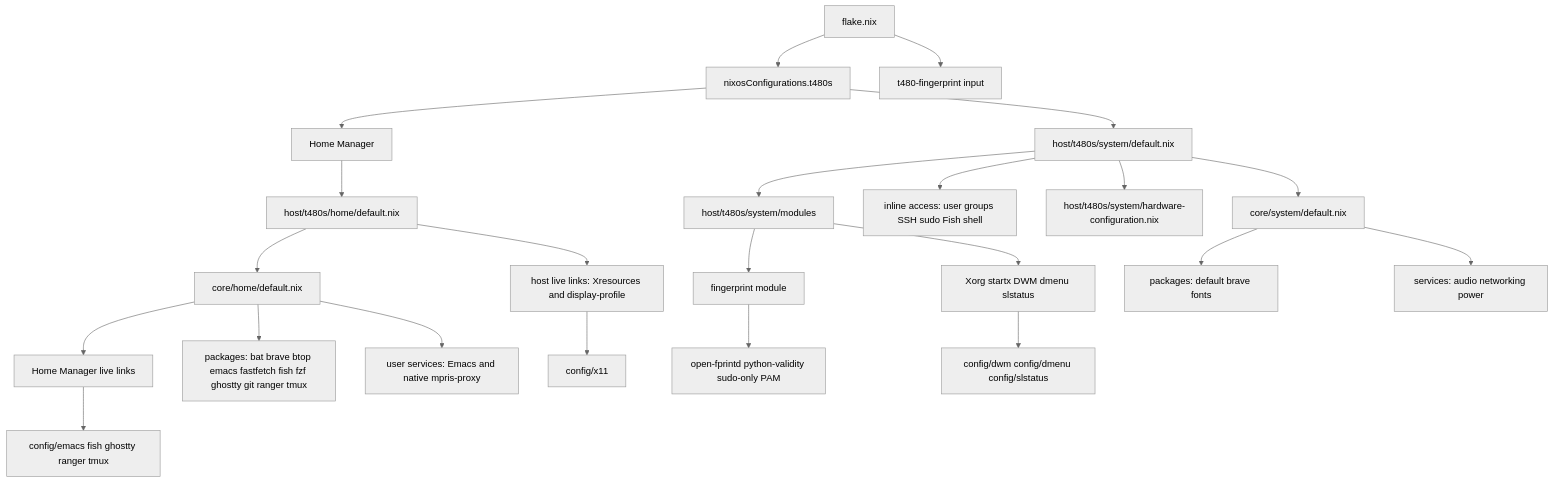
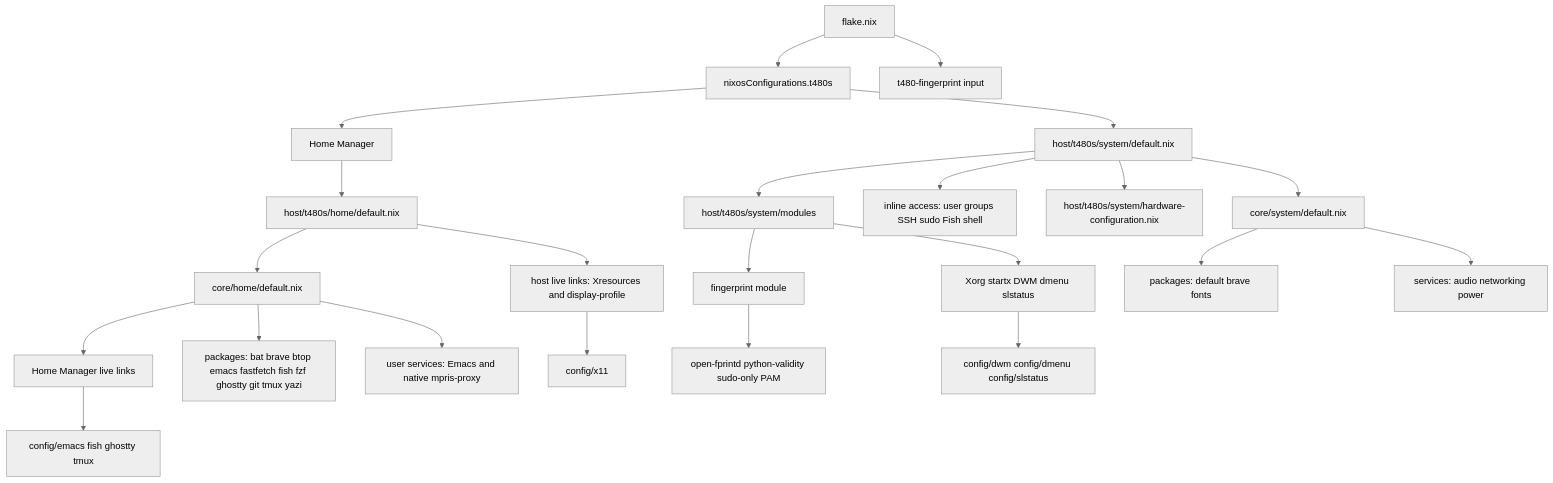
One commit to skydive420dz/t480s-dotfiles changed the diagram in docs/t480s/architecture.org. Above: the diagram before and after it, drawn with Mermaid (neutral theme). The commit also changed other lines of this file and 5 other files, not shown here.

```diff
--- a/docs/t480s/architecture.org
+++ b/docs/t480s/architecture.org
@@ -5,25 +5,25 @@
 #+begin_src mermaid
 flowchart TD
   F[flake.nix] --> T[nixosConfigurations.t480s]
   F --> FI[t480-fingerprint input]
   T --> HS[host/t480s/system/default.nix]
   HS --> CS[core/system/default.nix]
   HS --> HSM[host/t480s/system/modules]
   HS --> ACC[inline access: user groups SSH sudo Fish shell]
   HS --> HW[host/t480s/system/hardware-configuration.nix]
   T --> HM[Home Manager]
   HM --> HH[host/t480s/home/default.nix]
   HH --> CH[core/home/default.nix]
   HH --> HL[host live links: Xresources and display-profile]
   CH --> L[Home Manager live links]
-  CH --> HP[packages: bat brave btop emacs fastfetch fish fzf ghostty git ranger tmux]
+  CH --> HP[packages: bat brave btop emacs fastfetch fish fzf ghostty git tmux yazi]
   CH --> HU[user services: Emacs and native mpris-proxy]
-  L --> C[config/emacs fish ghostty ranger tmux]
+  L --> C[config/emacs fish ghostty tmux]
   HL --> XC[config/x11]
   HSM --> X[Xorg startx DWM dmenu slstatus]
   HSM --> FS[fingerprint module]
   FS --> FA[open-fprintd python-validity sudo-only PAM]
   X --> SH[config/dwm config/dmenu config/slstatus]
   CS --> CSP[packages: default brave fonts]
   CS --> CSS[services: audio networking power]
 #+end_src
```
